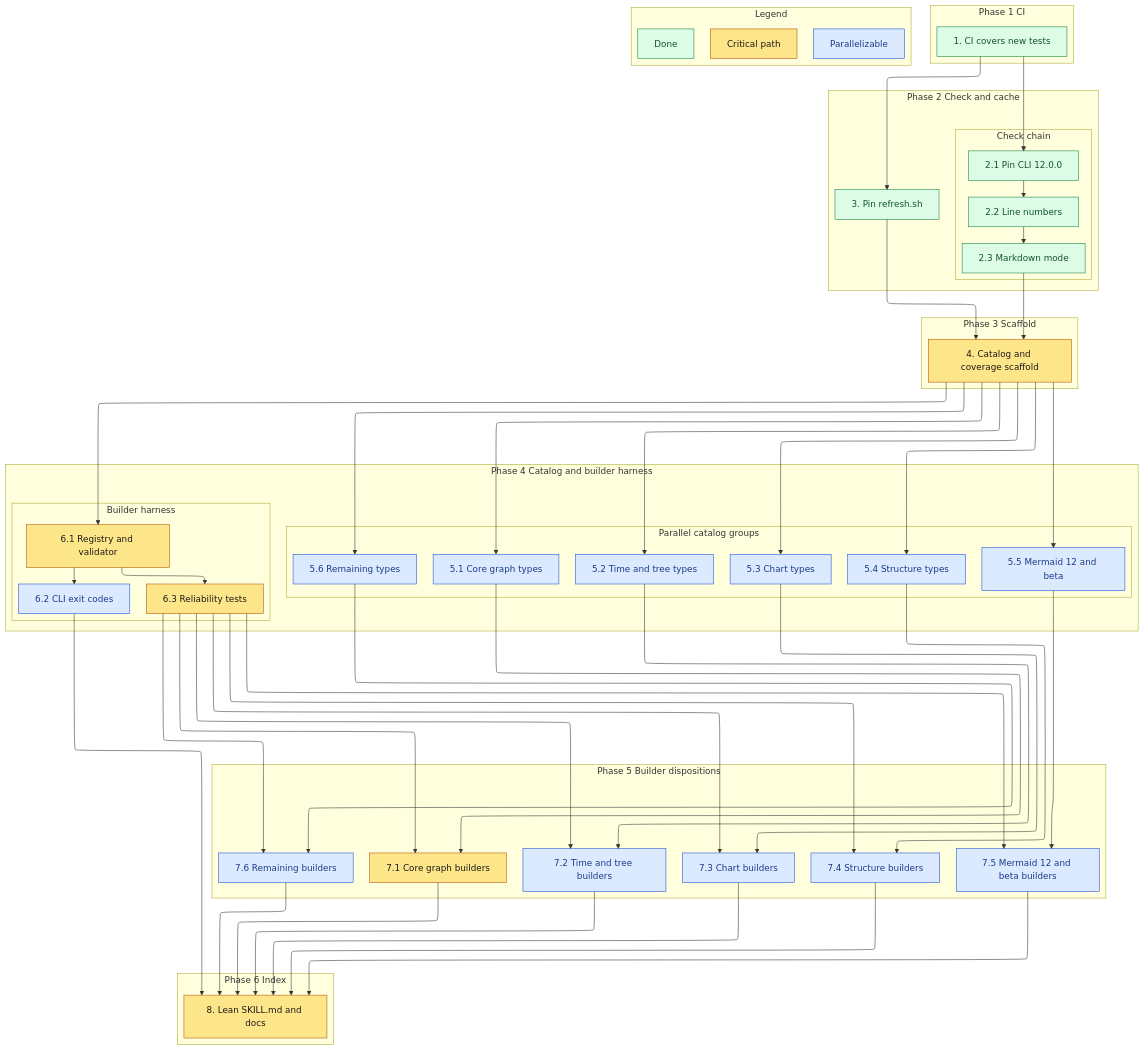
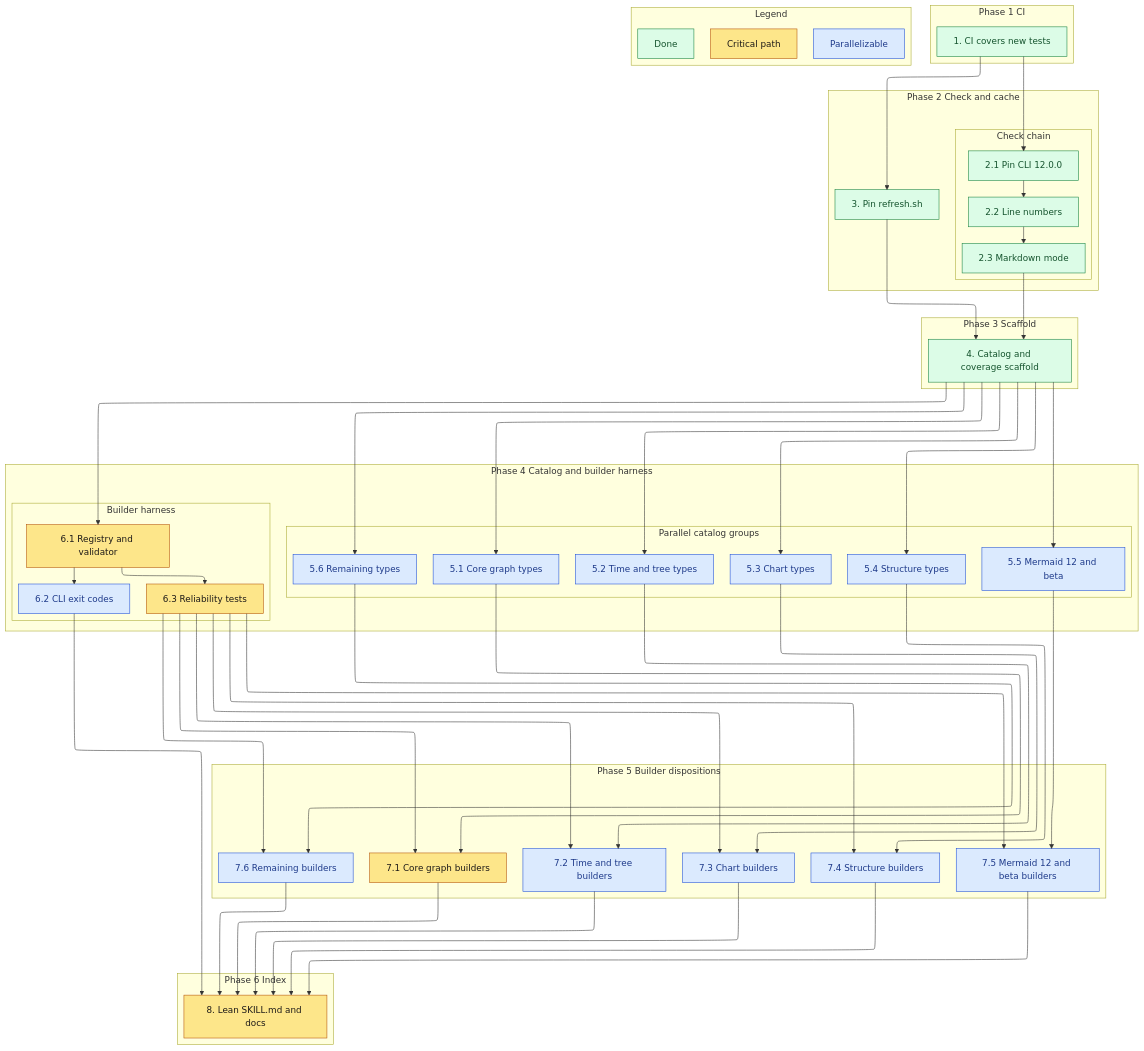
The diagram in .kiro/specs/mermaid-catalog/tasks.md (sohampatwardhan/mermaid-skill), drawn with Mermaid before and after one commit. The commit also changed other lines of this file and 6 other files, not shown here.

````diff
--- a/.kiro/specs/mermaid-catalog/tasks.md
+++ b/.kiro/specs/mermaid-catalog/tasks.md
@@ -94,7 +94,7 @@
   classDef critical fill:#fde68a,stroke:#b45309,color:#1c1917
   classDef parallel fill:#dbeafe,stroke:#1d4ed8,color:#1e3a8a
   classDef done fill:#dcfce7,stroke:#15803d,color:#14532d
-  class t1,t2_1,t2_2,t2_3,t3,ld done
-  class t4,t6_1,t6_3,t7_1,t8,lc critical
+  class t1,t2_1,t2_2,t2_3,t3,t4,ld done
+  class t6_1,t6_3,t7_1,t8,lc critical
   class t5_1,t5_2,t5_3,t5_4,t5_5,t5_6,t6_2,t7_2,t7_3,t7_4,t7_5,t7_6,lp parallel
 ```
````
